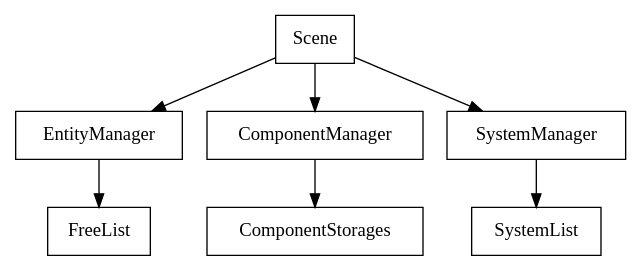
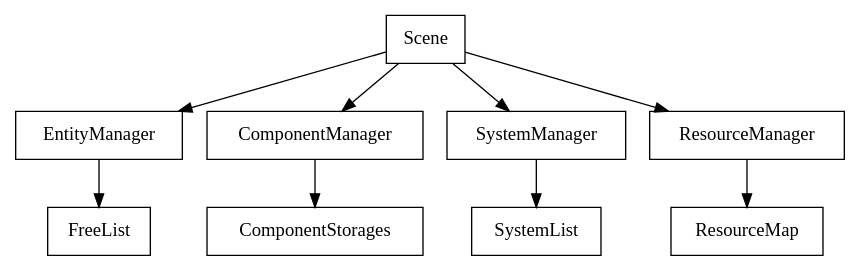
Before and after one commit to ThePrismEngine/PrismEngine: the diagram in docs/source/modules/ecs/internal/architecture.rst, drawn with Graphviz. The commit also changed other lines of this file and 4 other files, not shown here.

```diff
--- a/docs/source/modules/ecs/internal/architecture.rst
+++ b/docs/source/modules/ecs/internal/architecture.rst
@@ -11,15 +11,17 @@
 .. graphviz::
    :caption: Архитектура ECS
    
    digraph ecs_architecture {
        rankdir=TB;
        node [shape=box];
        
        Scene -> EntityManager;
        Scene -> ComponentManager;
        Scene -> SystemManager;
+	   Scene -> ResourceManager
        
        EntityManager -> FreeList;
        ComponentManager -> ComponentStorages;
        SystemManager -> SystemList;
+	   ResourceManager -> ResourceMap
    }
```
